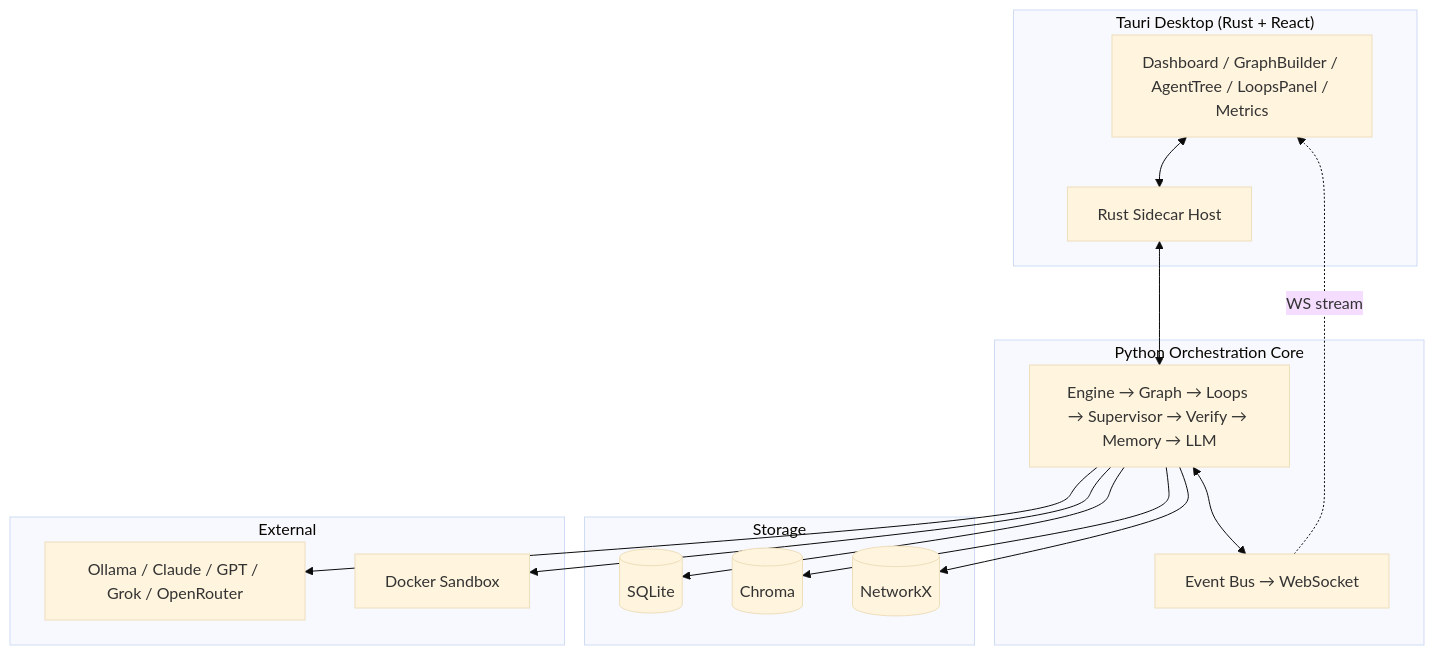
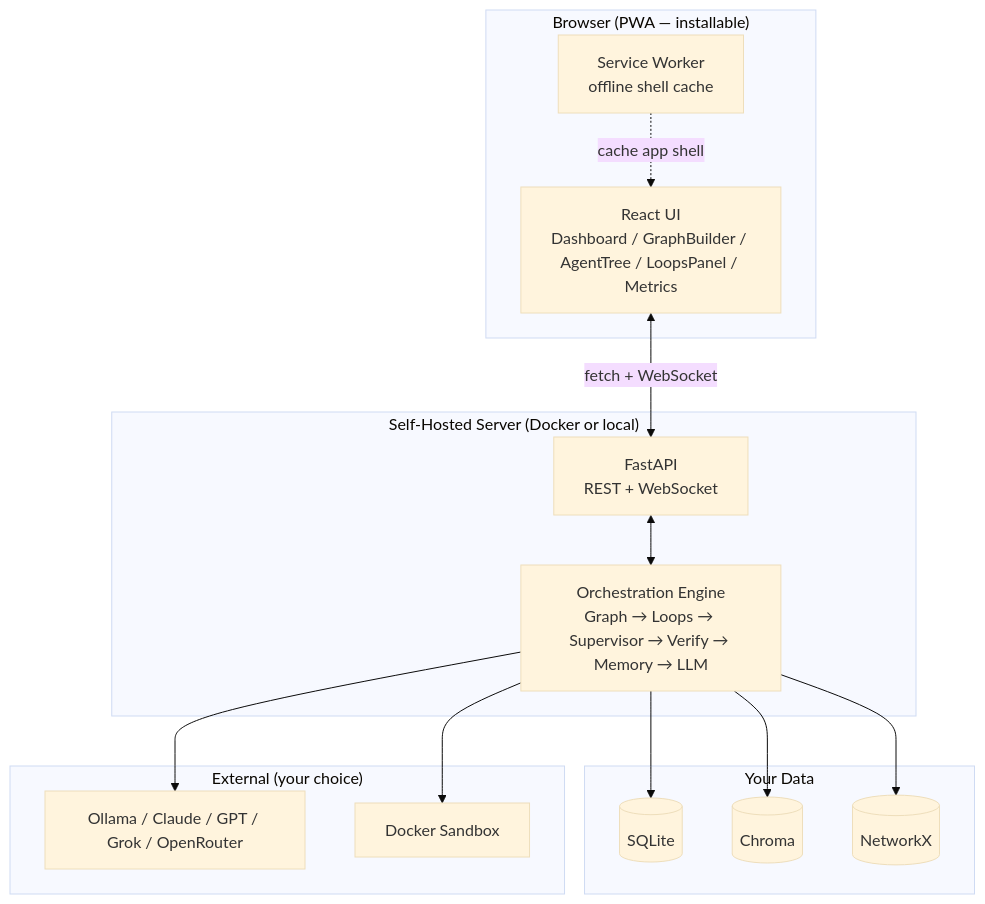
One commit to prateekm1007/MaestroAgent changed the diagram in download/MaestroAgent/README.md. Above: the diagram before and after it, drawn with Mermaid (base theme). The commit also changed other lines of this file and 40 other files, not shown here.

````diff
--- a/download/MaestroAgent/README.md
+++ b/download/MaestroAgent/README.md
@@ -38,29 +33,28 @@
 ```mermaid
 flowchart TB
-    subgraph Desktop["Tauri Desktop (Rust + React)"]
-        UI[Dashboard / GraphBuilder / AgentTree / LoopsPanel / Metrics]
-        Sidecar[Rust Sidecar Host]
+    subgraph Browser["Browser (PWA — installable)"]
+        UI[React UI<br/>Dashboard / GraphBuilder / AgentTree / LoopsPanel / Metrics]
+        SW[Service Worker<br/>offline shell cache]
     end
-    subgraph Core["Python Orchestration Core"]
-        Engine[Engine → Graph → Loops → Supervisor → Verify → Memory → LLM]
-        Bus[Event Bus → WebSocket]
+    subgraph Server["Self-Hosted Server (Docker or local)"]
+        API[FastAPI<br/>REST + WebSocket]
+        Engine[Orchestration Engine<br/>Graph → Loops → Supervisor → Verify → Memory → LLM]
     end
-    subgraph Storage["Storage"]
-        SQLite[(SQLite)] 
+    subgraph Storage["Your Data"]
+        SQLite[(SQLite)]
         Chroma[(Chroma)]
         GraphDB[(NetworkX)]
     end
-    subgraph External["External"]
+    subgraph External["External (your choice)"]
         LLMs[Ollama / Claude / GPT / Grok / OpenRouter]
         Sandbox[Docker Sandbox]
     end
-    UI <--> Sidecar
-    Sidecar <--> Engine
-    Engine <--> Bus
-    Bus -.->|WS stream| UI
+    UI <-->|fetch + WebSocket| API
+    SW -.->|cache app shell| UI
+    API <--> Engine
     Engine --> SQLite
     Engine --> Chroma
     Engine --> GraphDB
     Engine --> LLMs
     Engine --> Sandbox
 ```
````
